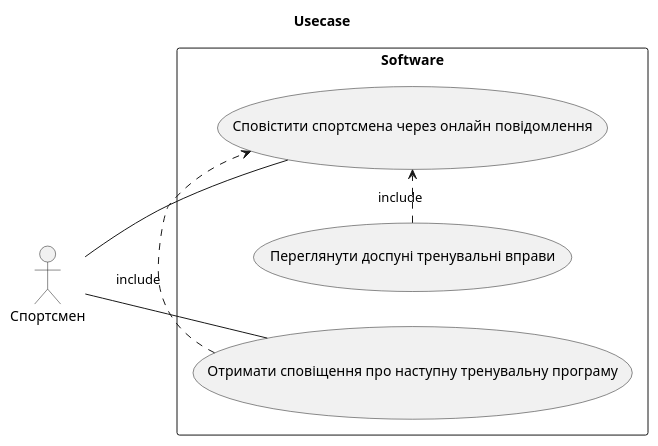
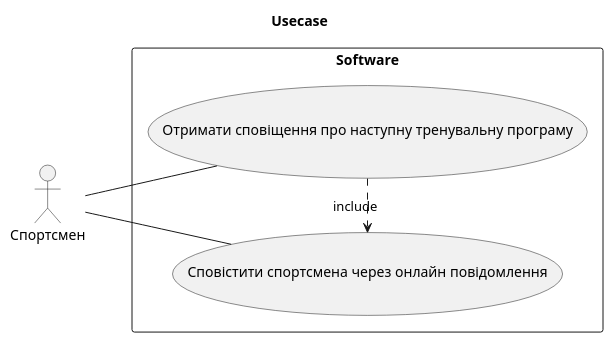
Before and after one commit to oleksandrblazhko/ai-212-socheslo: the diagram in 2-SoftwareDesign/2.7-PlantUML/2-SoftwareDesign/2.7-PlantUML/UseCase.puml, drawn with PlantUML.

```diff
--- a/2-SoftwareDesign/2.7-PlantUML/2-SoftwareDesign/2.7-PlantUML/UseCase.puml
+++ b/2-SoftwareDesign/2.7-PlantUML/2-SoftwareDesign/2.7-PlantUML/UseCase.puml
@@ -1,21 +1,21 @@
 @startuml
 title Usecase
 
 left to right direction
 
 actor Спортсмен
 
 rectangle Software {
 
     
     usecase (Сповістити спортсмена через онлайн повідомлення)
     usecase (Отримати сповіщення про наступну тренувальну програму)
 
-   (Переглянути доспуні тренувальні вправи) .> (Сповістити спортсмена через онлайн повідомлення) : include
+
    (Отримати сповіщення про наступну тренувальну програму) .> (Сповістити спортсмена через онлайн повідомлення) : include
 
 
    Спортсмен -- (Сповістити спортсмена через онлайн повідомлення)
    Спортсмен -- (Отримати сповіщення про наступну тренувальну програму)
 }
 @enduml
```
